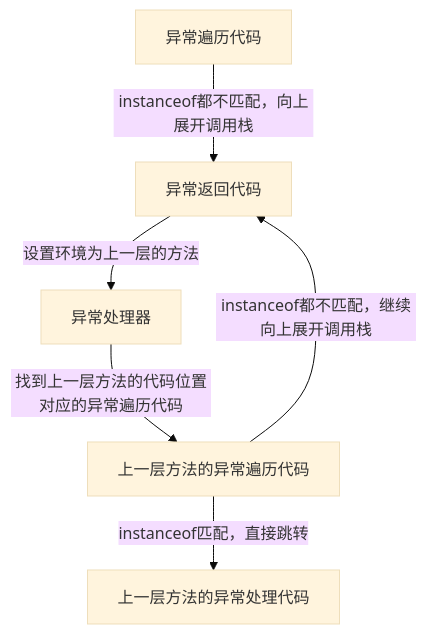
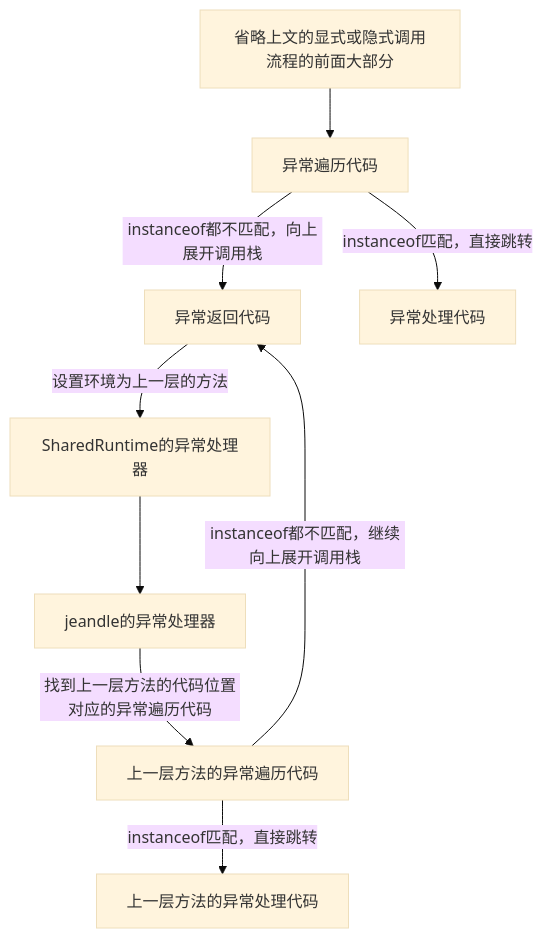
One commit to lgxbslgx/note changed the third of 3 diagrams in jeandle/source_note/exception_handler.md. Above: the diagram before and after it, drawn with Mermaid (base theme). The commit also changed other lines of this file and 1 other file, not shown here.

````diff
--- a/jeandle/source_note/exception_handler.md
+++ b/jeandle/source_note/exception_handler.md
@@ -63,8 +65,11 @@
 ```mermaid
 graph TD
+    省略上文的显式或隐式调用流程的前面大部分 --> 异常遍历代码
     异常遍历代码 --instanceof都不匹配，向上展开调用栈 --> 异常返回代码
-    异常返回代码 --设置环境为上一层的方法--> 异常处理器
-    异常处理器 --找到上一层方法的代码位置对应的异常遍历代码--> 上一层方法的异常遍历代码
+    异常遍历代码 --instanceof匹配，直接跳转--> 异常处理代码
+    异常返回代码 --设置环境为上一层的方法--> SharedRuntime的异常处理器
+    SharedRuntime的异常处理器 --> jeandle的异常处理器
+    jeandle的异常处理器 --找到上一层方法的代码位置对应的异常遍历代码--> 上一层方法的异常遍历代码
     上一层方法的异常遍历代码 --instanceof匹配，直接跳转--> 上一层方法的异常处理代码
     上一层方法的异常遍历代码 --instanceof都不匹配，继续向上展开调用栈--> 异常返回代码
 ```
````
